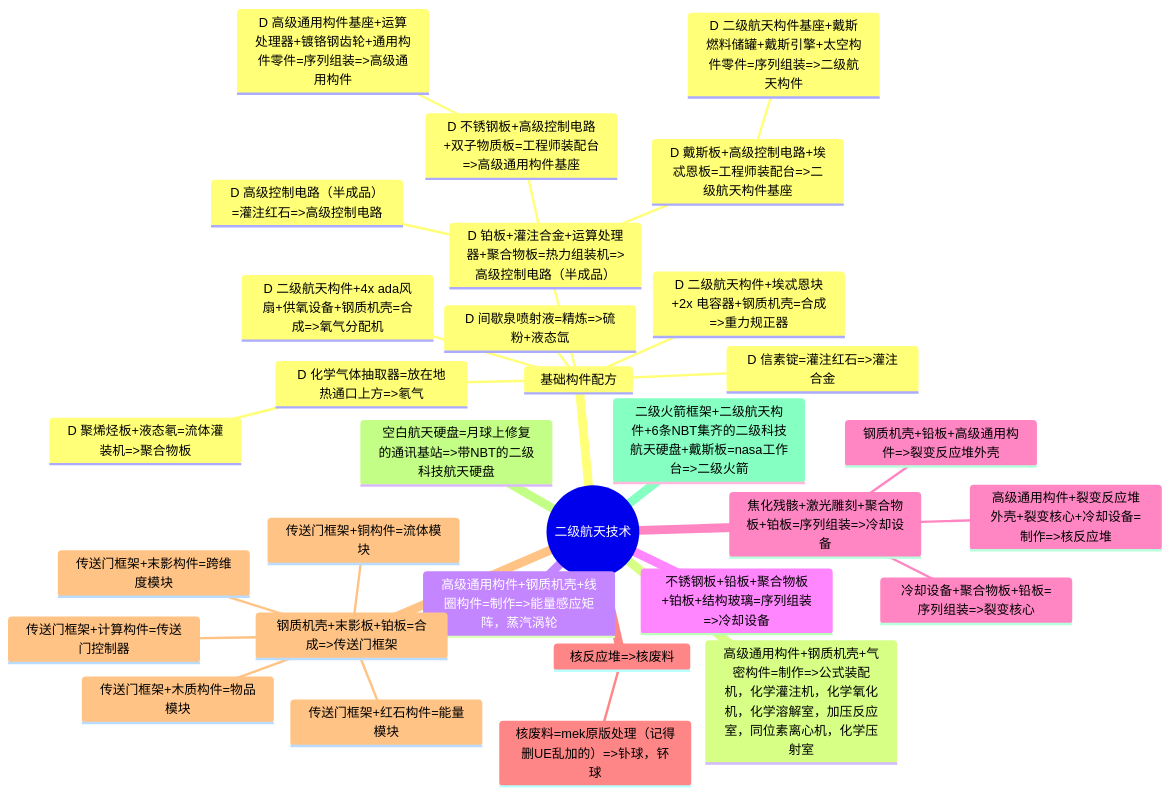
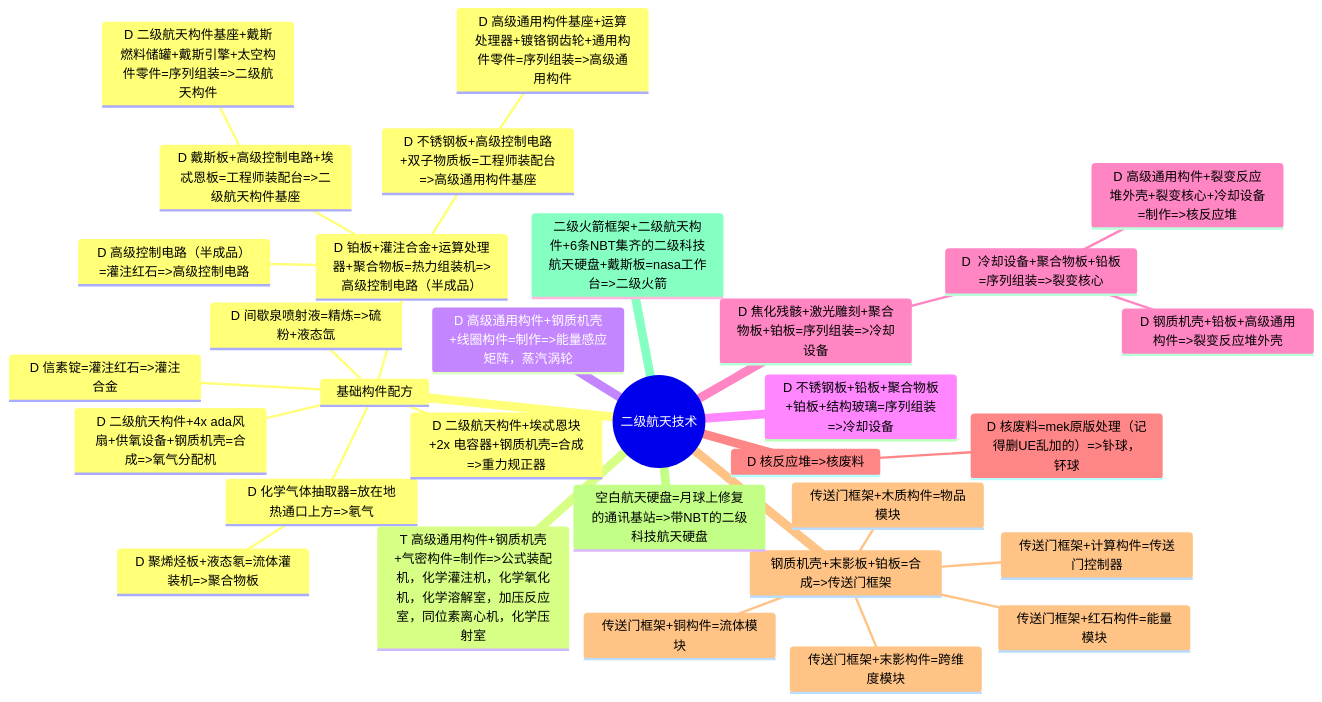
One commit to VechniMetel/CodeNameCIM2 changed the second of 4 diagrams in Developer/TechTreeMap.md. Above: the diagram before and after it, drawn with Mermaid.

Commit message:
mek我不熟哇

````diff
--- a/Developer/TechTreeMap.md
+++ b/Developer/TechTreeMap.md
@@ -45,34 +45,34 @@
 ``` mermaid
 mindmap
     root((二级航天技术))
         基础构件配方
             D 信素锭=灌注红石=>灌注合金
             D 间歇泉喷射液=精炼=>硫粉+液态氙
             D 化学气体抽取器=放在地热通口上方=>氡气
                 D 聚烯烃板+液态氡=流体灌装机=>聚合物板
             D 铂板+灌注合金+运算处理器+聚合物板=热力组装机=>高级控制电路（半成品）
                 D 高级控制电路（半成品）=灌注红石=>高级控制电路
                 D 戴斯板+高级控制电路+埃忒恩板=工程师装配台=>二级航天构件基座
                     D 二级航天构件基座+戴斯燃料储罐+戴斯引擎+太空构件零件=序列组装=>二级航天构件
                 D 不锈钢板+高级控制电路+双子物质板=工程师装配台=>高级通用构件基座
                     D 高级通用构件基座+运算处理器+镀铬钢齿轮+通用构件零件=序列组装=>高级通用构件
             D 二级航天构件+4x ada风扇+供氧设备+钢质机壳=合成=>氧气分配机
             D 二级航天构件+埃忒恩块+2x 电容器+钢质机壳=合成=>重力规正器
-        高级通用构件+钢质机壳+气密构件=制作=>公式装配机，化学灌注机，化学氧化机，化学溶解室，加压反应室，同位素离心机，化学压射室
-        高级通用构件+钢质机壳+线圈构件=制作=>能量感应矩阵，蒸汽涡轮
-        不锈钢板+铅板+聚合物板+铂板+结构玻璃=序列组装=>冷却设备
-        焦化残骸+激光雕刻+聚合物板+铂板=序列组装=>冷却设备
-            冷却设备+聚合物板+铅板=序列组装=>裂变核心
-            钢质机壳+铅板+高级通用构件=>裂变反应堆外壳
-            高级通用构件+裂变反应堆外壳+裂变核心+冷却设备=制作=>核反应堆
-        核反应堆=>核废料
-            核废料=mek原版处理（记得删UE乱加的）=>钋球，钚球
+        T 高级通用构件+钢质机壳+气密构件=制作=>公式装配机，化学灌注机，化学氧化机，化学溶解室，加压反应室，同位素离心机，化学压射室
+        D 高级通用构件+钢质机壳+线圈构件=制作=>能量感应矩阵，蒸汽涡轮
+        D 不锈钢板+铅板+聚合物板+铂板+结构玻璃=序列组装=>冷却设备
+        D 焦化残骸+激光雕刻+聚合物板+铂板=序列组装=>冷却设备
+           D  冷却设备+聚合物板+铅板=序列组装=>裂变核心
+            D 钢质机壳+铅板+高级通用构件=>裂变反应堆外壳
+            D 高级通用构件+裂变反应堆外壳+裂变核心+冷却设备=制作=>核反应堆
+        D 核反应堆=>核废料
+            D 核废料=mek原版处理（记得删UE乱加的）=>钋球，钚球
         钢质机壳+末影板+铂板=合成=>传送门框架
             传送门框架+计算构件=传送门控制器
             传送门框架+木质构件=物品模块
             传送门框架+铜构件=流体模块
             传送门框架+红石构件=能量模块
             传送门框架+末影构件=跨维度模块
         空白航天硬盘=月球上修复的通讯基站=>带NBT的二级科技航天硬盘
         二级火箭框架+二级航天构件+6条NBT集齐的二级科技航天硬盘+戴斯板=nasa工作台=>二级火箭
 ```
````
